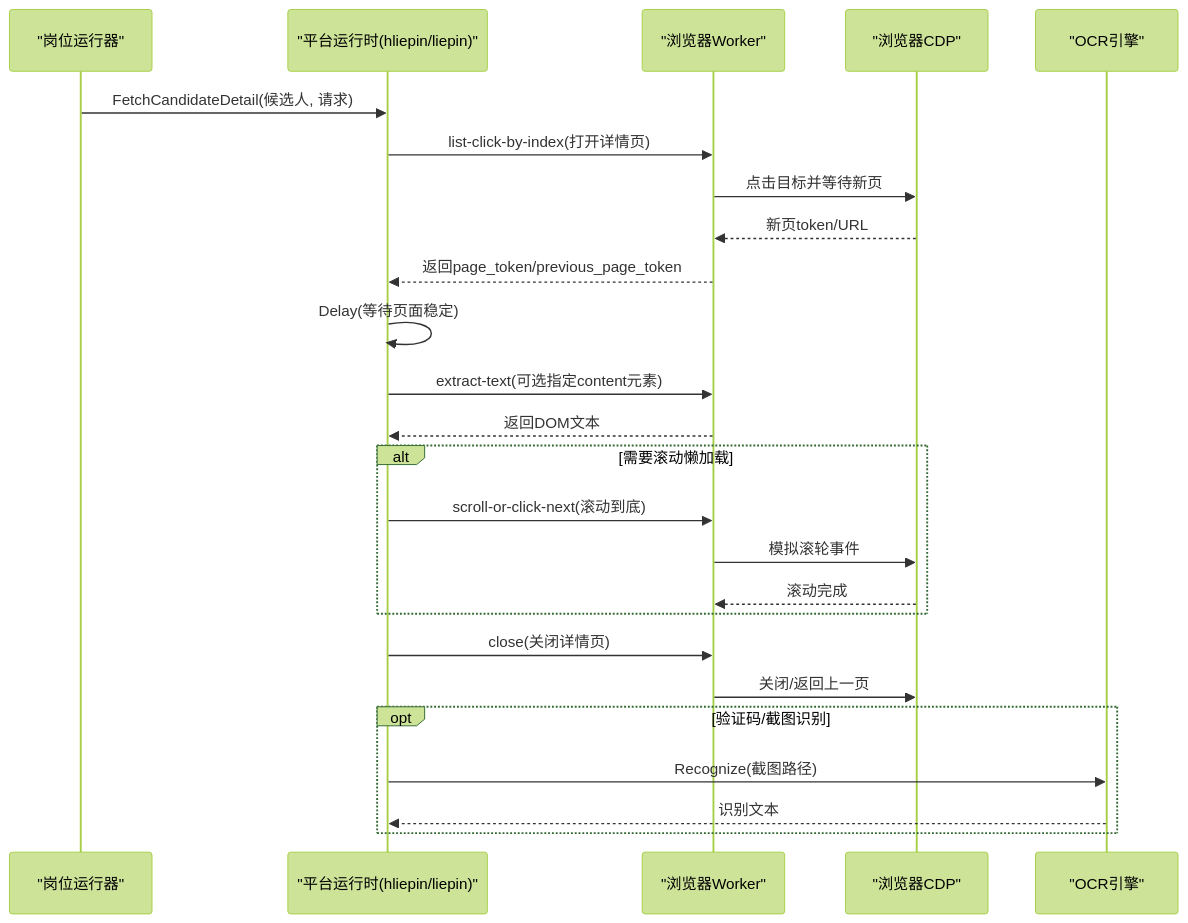
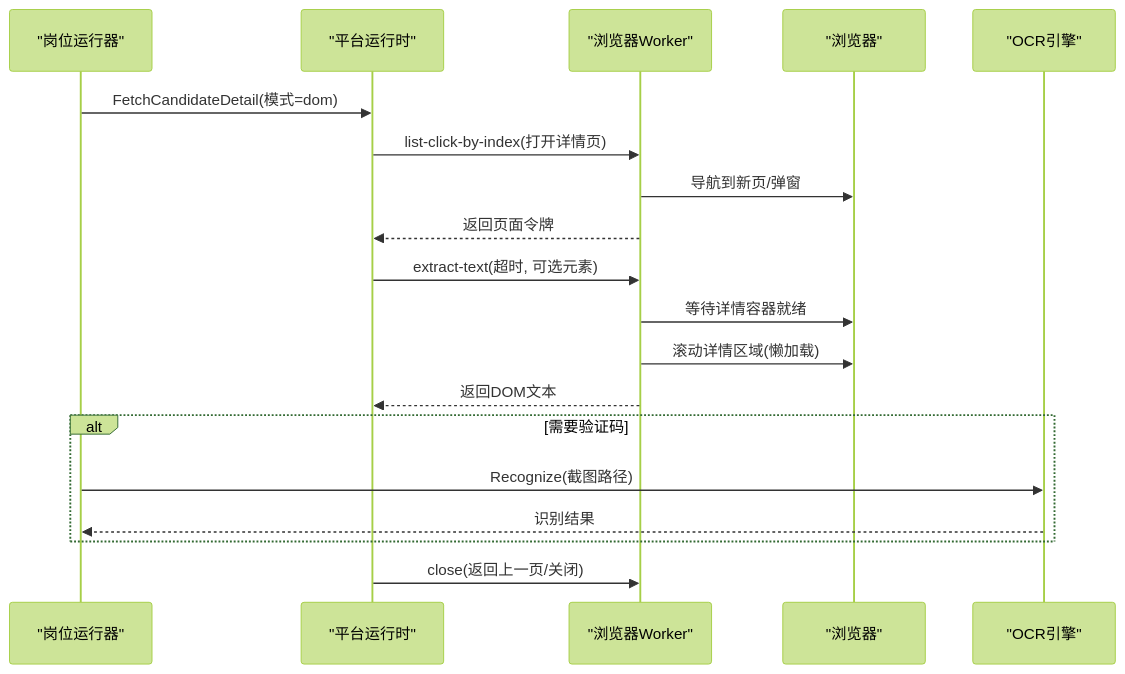
One commit to alvinwangzi/goodhr changed the second of 9 diagrams in .qoder/repowiki/zh/content/本地执行器/平台适配器/猎聘适配器/详情页面处理.md. Above: the diagram before and after it, drawn with Mermaid (forest theme). The commit also changed other lines of this file and 149 other files, not shown here.

````diff
--- a/.qoder/repowiki/zh/content/本地执行器/平台适配器/猎聘适配器/详情页面处理.md
+++ b/.qoder/repowiki/zh/content/本地执行器/平台适配器/猎聘适配器/详情页面处理.md
@@ -110,27 +105,21 @@
 ```mermaid
 sequenceDiagram
 participant Runner as "岗位运行器"
-participant Runtime as "平台运行时(hliepin/liepin)"
+participant Runtime as "平台运行时"
 participant Worker as "浏览器Worker"
-participant Browser as "浏览器CDP"
+participant Browser as "浏览器"
 participant OCR as "OCR引擎"
-Runner->>Runtime : FetchCandidateDetail(候选人, 请求)
+Runner->>Runtime : FetchCandidateDetail(模式=dom)
 Runtime->>Worker : list-click-by-index(打开详情页)
-Worker->>Browser : 点击目标并等待新页
-Browser-->>Worker : 新页token/URL
-Worker-->>Runtime : 返回page_token/previous_page_token
-Runtime->>Runtime : Delay(等待页面稳定)
-Runtime->>Worker : extract-text(可选指定content元素)
+Worker->>Browser : 导航到新页/弹窗
+Worker-->>Runtime : 返回页面令牌
+Runtime->>Worker : extract-text(超时, 可选元素)
+Worker->>Browser : 等待详情容器就绪
+Worker->>Browser : 滚动详情区域(懒加载)
 Worker-->>Runtime : 返回DOM文本
-alt 需要滚动懒加载
-Runtime->>Worker : scroll-or-click-next(滚动到底)
-Worker->>Browser : 模拟滚轮事件
-Browser-->>Worker : 滚动完成
+alt 需要验证码
+Runner->>OCR : Recognize(截图路径)
+OCR-->>Runner : 识别结果
 end
-Runtime->>Worker : close(关闭详情页)
-Worker->>Browser : 关闭/返回上一页
-opt 验证码/截图识别
-Runtime->>OCR : Recognize(截图路径)
-OCR-->>Runtime : 识别文本
-end
+Runtime->>Worker : close(返回上一页/关闭)
 ```
````
